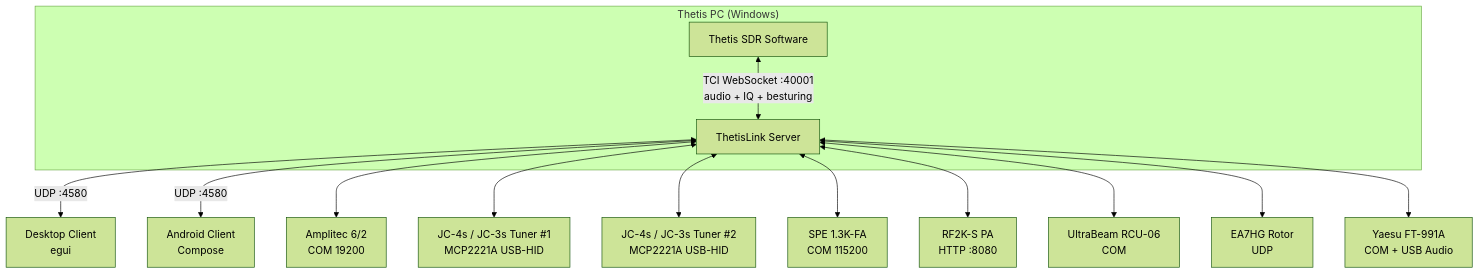
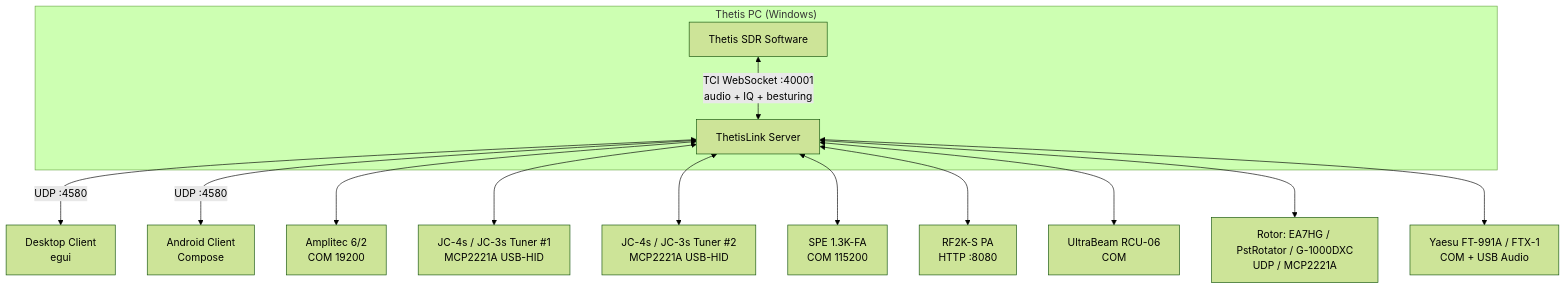
The diagram in User-Manual.md (cjenschede/ThetisLink), drawn with Mermaid (forest theme) before and after one commit. The commit also changed other lines of this file and 21 other files, not shown here.

````diff
--- a/User-Manual.md
+++ b/User-Manual.md
@@ -77,18 +77,18 @@
 ```mermaid
 flowchart TB
     subgraph "Thetis PC (Windows)"
         Thetis[Thetis SDR Software]
         Server[ThetisLink Server]
         Thetis <-->|"TCI WebSocket :40001<br>audio + IQ + besturing"| Server
     end
     Server <-->|"UDP :4580"| Desktop[Desktop Client<br>egui]
     Server <-->|"UDP :4580"| Android[Android Client<br>Compose]
     Server <--> Amplitec[Amplitec 6/2<br>COM 19200]
     Server <--> Tuner1[JC-4s / JC-3s Tuner #1<br>MCP2221A USB-HID]
     Server <--> Tuner2[JC-4s / JC-3s Tuner #2<br>MCP2221A USB-HID]
     Server <--> SPE[SPE 1.3K-FA<br>COM 115200]
     Server <--> RF2K[RF2K-S PA<br>HTTP :8080]
     Server <--> UB[UltraBeam RCU-06<br>COM]
-    Server <--> Rotor[EA7HG Rotor<br>UDP]
-    Server <--> Yaesu[Yaesu FT-991A<br>COM + USB Audio]
+    Server <--> Rotor[Rotor: EA7HG / PstRotator / G-1000DXC<br>UDP / MCP2221A]
+    Server <--> Yaesu[Yaesu FT-991A / FTX-1<br>COM + USB Audio]
 ```
````
